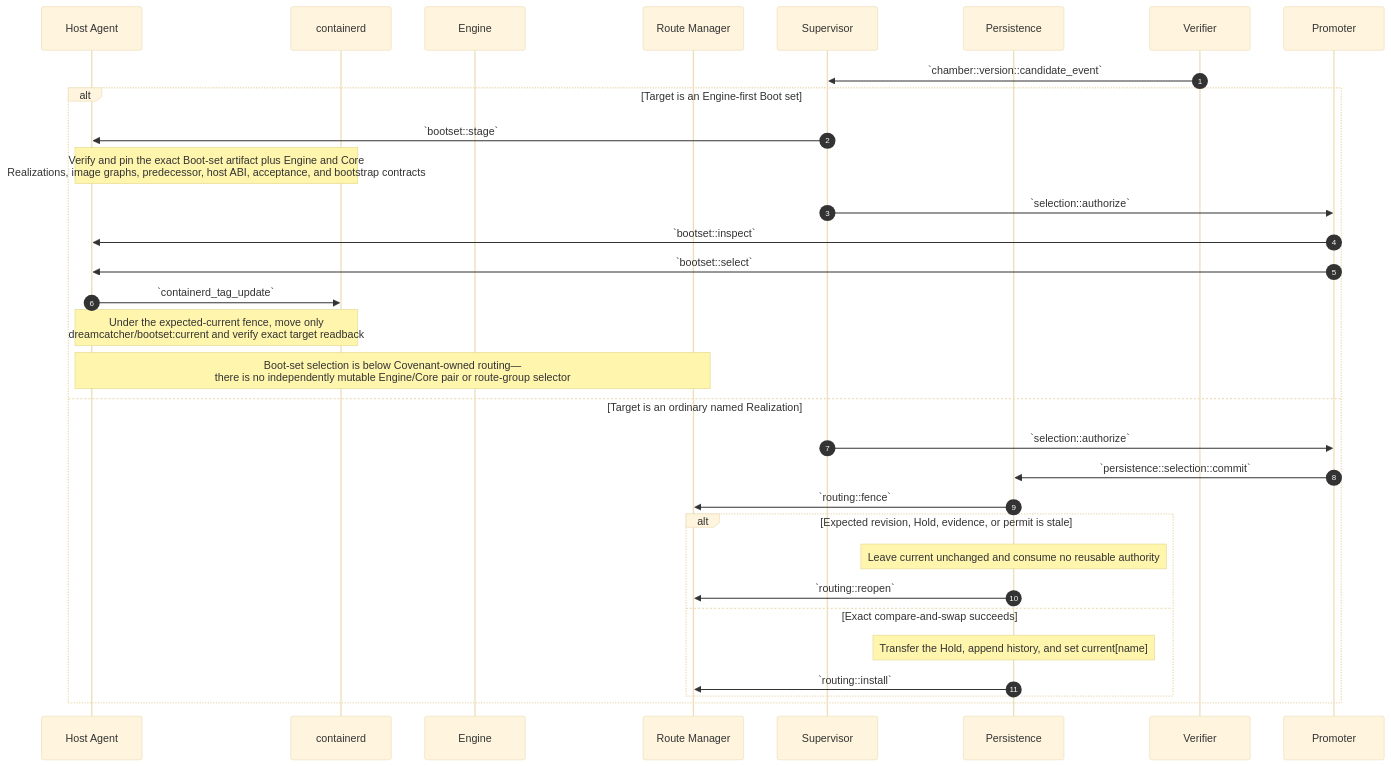
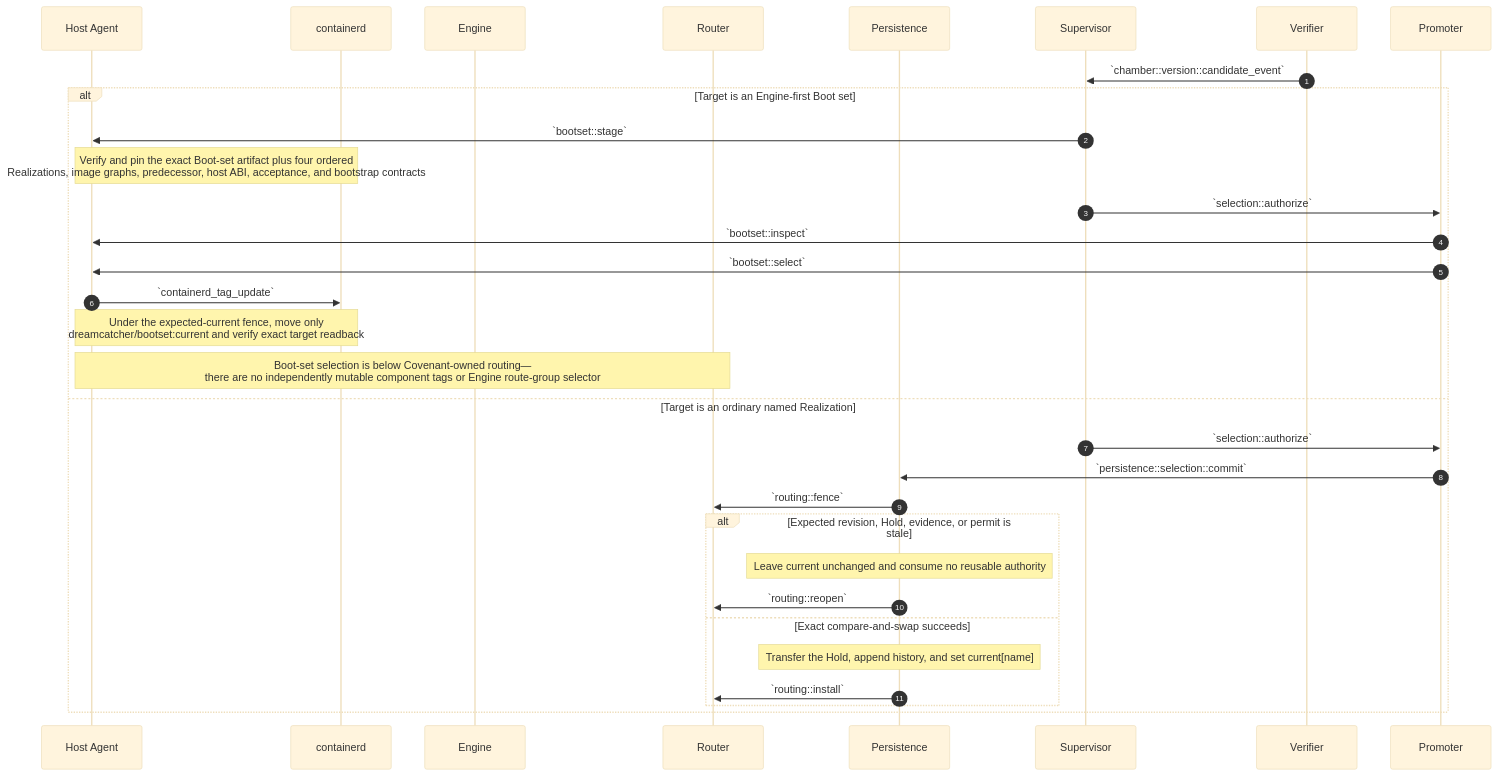
Diagram 12 of 15 in source/chambers-lifecycle-sequences.md (dreamcatcher-tech/chambers-lifecycle-explorer), drawn with Mermaid (base theme) before and after one commit. The commit also changed other lines of this file and 9 other files, not shown here.

````diff
--- a/source/chambers-lifecycle-sequences.md
+++ b/source/chambers-lifecycle-sequences.md
@@ -1143,35 +1250,35 @@
 ```mermaid
 sequenceDiagram
     autonumber
     participant HostAgent as Host Agent
     participant containerd
     participant Engine
-    participant RouteManager as Route Manager
+    participant Router as Router
+    participant Persistence
     participant Supervisor
-    participant Persistence
     participant Verifier
     participant Promoter
 
     Verifier->>Supervisor: `chamber::version::candidate_event`
     alt Target is an Engine-first Boot set
         Supervisor->>HostAgent: `bootset::stage`
-        Note over HostAgent,containerd: Verify and pin the exact Boot-set artifact plus Engine and Core<br/>Realizations, image graphs, predecessor, host ABI, acceptance, and bootstrap contracts
+        Note over HostAgent,containerd: Verify and pin the exact Boot-set artifact plus four ordered<br/>Realizations, image graphs, predecessor, host ABI, acceptance, and bootstrap contracts
         Supervisor->>Promoter: `selection::authorize`
         Promoter->>HostAgent: `bootset::inspect`
         Promoter->>HostAgent: `bootset::select`
         HostAgent->>containerd: `containerd_tag_update`
         Note over HostAgent,containerd: Under the expected-current fence, move only<br/>dreamcatcher/bootset:current and verify exact target readback
-        Note over HostAgent,RouteManager: Boot-set selection is below Covenant-owned routing—<br/>there is no independently mutable Engine/Core pair or route-group selector
+        Note over HostAgent,Router: Boot-set selection is below Covenant-owned routing—<br/>there are no independently mutable component tags or Engine route-group selector
     else Target is an ordinary named Realization
         Supervisor->>Promoter: `selection::authorize`
         Promoter->>Persistence: `persistence::selection::commit`
-        Persistence->>RouteManager: `routing::fence`
+        Persistence->>Router: `routing::fence`
         alt Expected revision, Hold, evidence, or permit is stale
             Note over Persistence: Leave current unchanged and consume no reusable authority
-            Persistence->>RouteManager: `routing::reopen`
+            Persistence->>Router: `routing::reopen`
         else Exact compare-and-swap succeeds
             Note over Persistence: Transfer the Hold, append history, and set current[name]
-            Persistence->>RouteManager: `routing::install`
+            Persistence->>Router: `routing::install`
         end
     end
 ```
````
